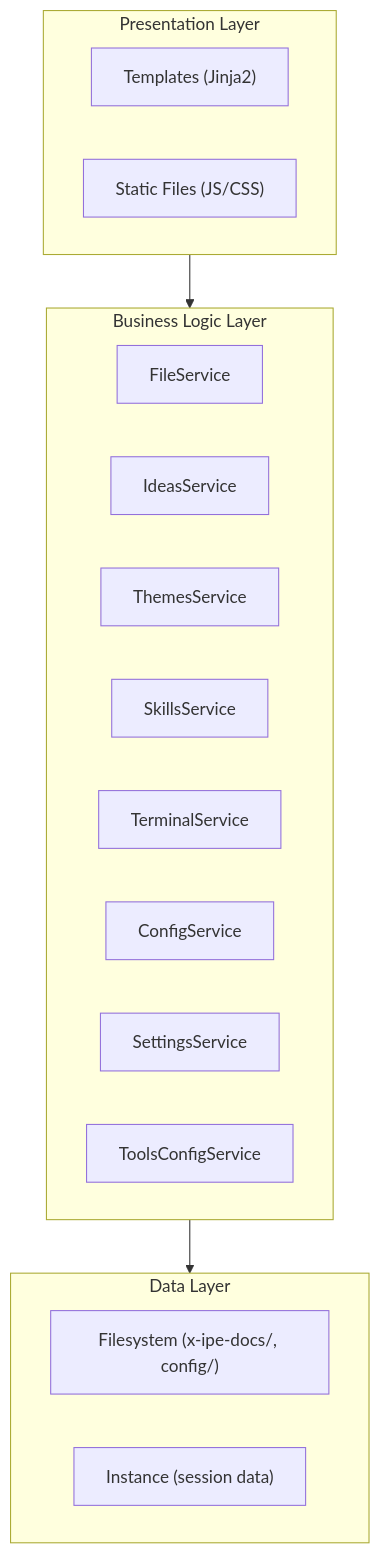
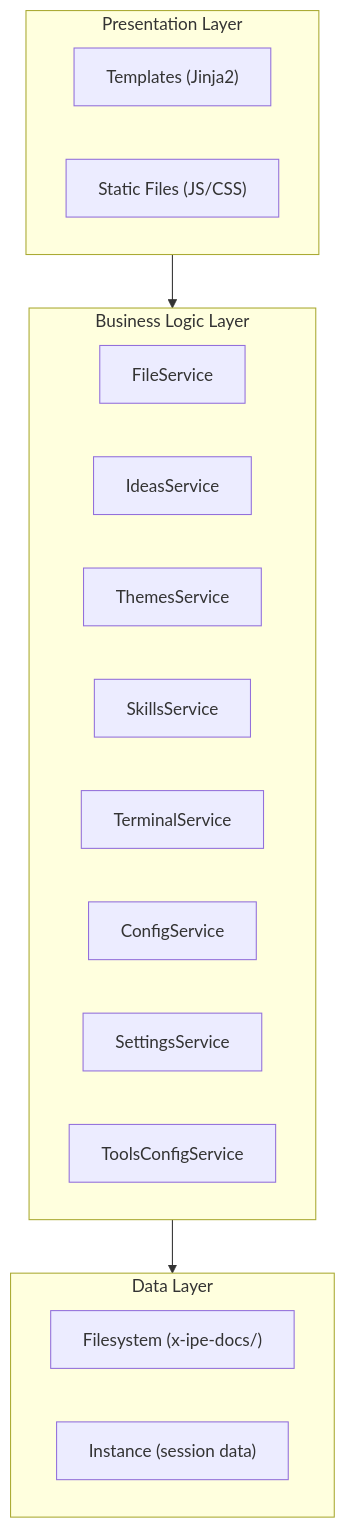
Before and after one commit to Young-Z/X-IPE: the first of 2 diagrams in x-ipe-docs/ideas/201. Playground-Draw Architecture Diagram for itself/idea-summary-v1.md, drawn with Mermaid. The commit also changed other lines of this file and 84 other files, not shown here.

````diff
--- a/x-ipe-docs/ideas/201. Playground-Draw Architecture Diagram for itself/idea-summary-v1.md
+++ b/x-ipe-docs/ideas/201. Playground-Draw Architecture Diagram for itself/idea-summary-v1.md
@@ -32,26 +32,26 @@
 ```mermaid
 flowchart TB
     subgraph Presentation["Presentation Layer"]
         Templates["Templates (Jinja2)"]
         Static["Static Files (JS/CSS)"]
     end
     
     subgraph Business["Business Logic Layer"]
         FileService["FileService"]
         IdeasService["IdeasService"]
         ThemesService["ThemesService"]
         SkillsService["SkillsService"]
         TerminalService["TerminalService"]
         ConfigService["ConfigService"]
         SettingsService["SettingsService"]
         ToolsConfigService["ToolsConfigService"]
     end
     
     subgraph Data["Data Layer"]
-        Filesystem["Filesystem (x-ipe-docs/, config/)"]
+        Filesystem["Filesystem (x-ipe-docs/)"]
         Instance["Instance (session data)"]
     end
     
     Presentation --> Business
     Business --> Data
 ```
````
